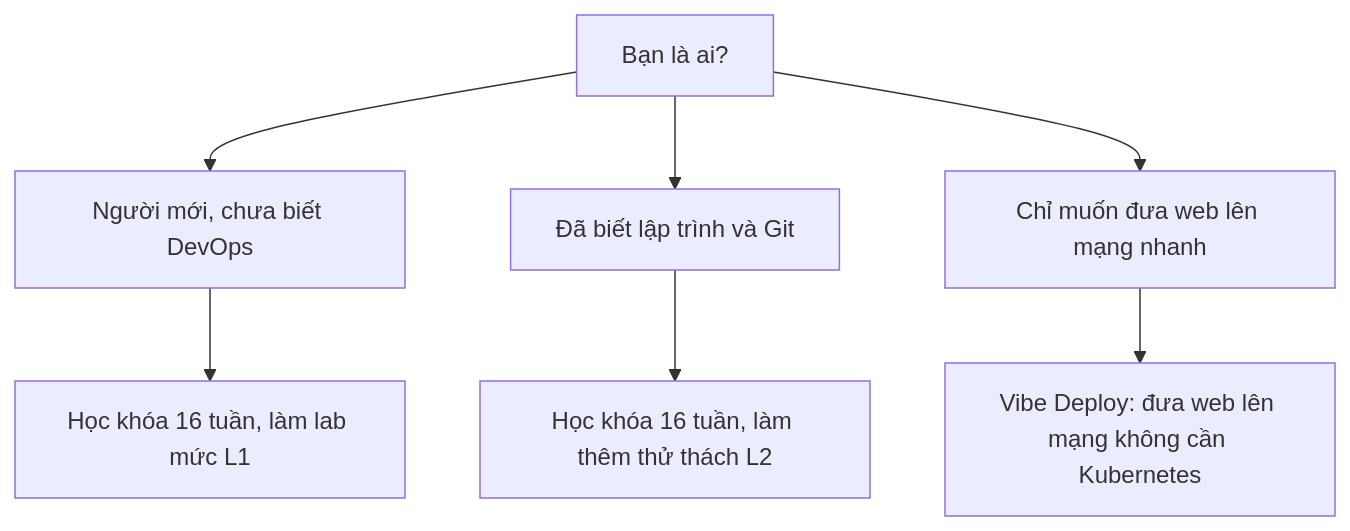
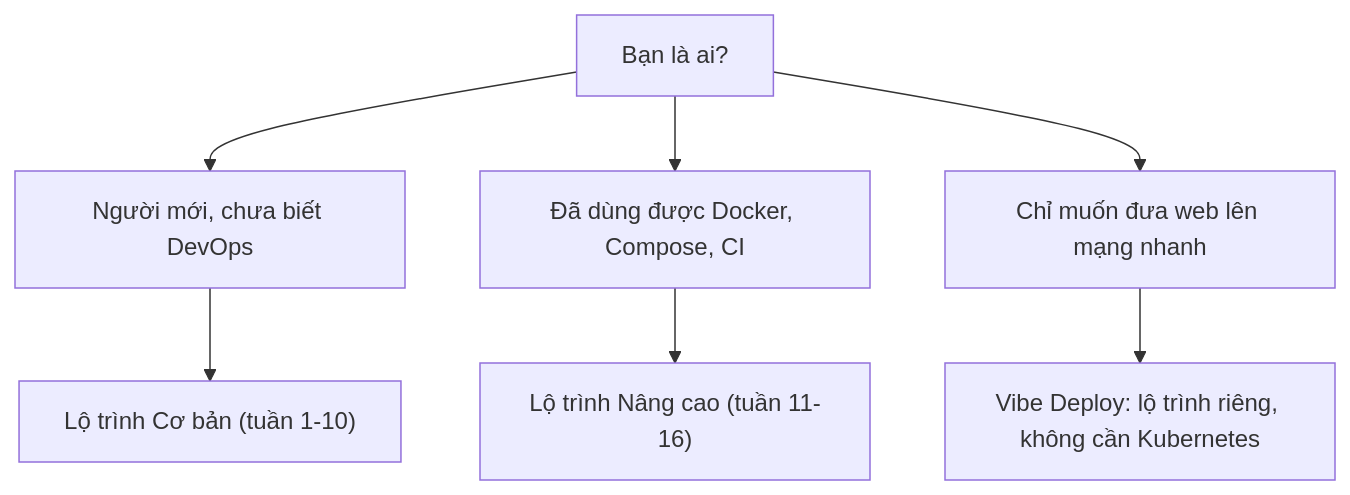
The diagram in curriculum/getting-started.md (TienNHM/devops-course), drawn with Mermaid before and after one commit. The commit also changed other lines of this file and 16 other files, not shown here.

Commit message:
Split site into Basic, Advanced and Vibe Deploy tracks

````diff
--- a/curriculum/getting-started.md
+++ b/curriculum/getting-started.md
@@ -23,9 +23,9 @@
 ```mermaid
 flowchart TD
     A["Bạn là ai?"] --> B["Người mới, chưa biết DevOps"]
-    A --> C["Đã biết lập trình và Git"]
+    A --> C["Đã dùng được Docker, Compose, CI"]
     A --> D["Chỉ muốn đưa web lên mạng nhanh"]
-    B --> E["Học khóa 16 tuần, làm lab mức L1"]
-    C --> F["Học khóa 16 tuần, làm thêm thử thách L2"]
-    D --> G["Vibe Deploy: đưa web lên mạng không cần Kubernetes"]
+    B --> E["Lộ trình Cơ bản (tuần 1-10)"]
+    C --> F["Lộ trình Nâng cao (tuần 11-16)"]
+    D --> G["Vibe Deploy: lộ trình riêng, không cần Kubernetes"]
 ```
````
